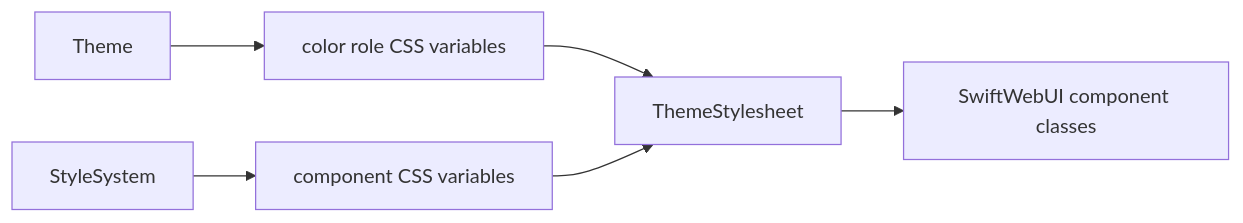
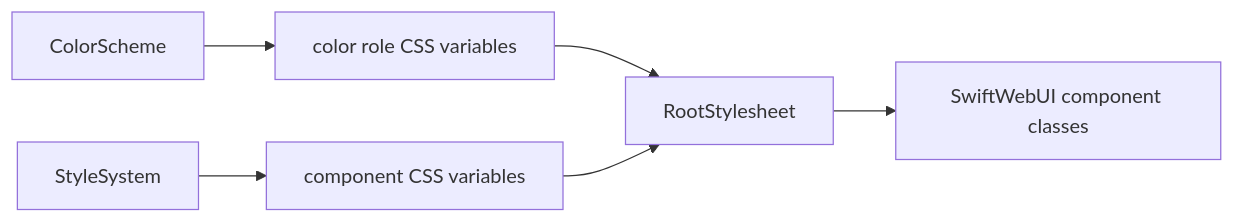
The fifth of 5 diagrams in docs/SwiftWebUICoreDesign.md (1amageek/swift-web), drawn with Mermaid before and after one commit. The commit also changed other lines of this file and 85 other files, not shown here.

````diff
--- a/docs/SwiftWebUICoreDesign.md
+++ b/docs/SwiftWebUICoreDesign.md
@@ -253,8 +258,8 @@
 ```mermaid
 flowchart LR
-    A["Theme"] --> B["color role CSS variables"]
+    A["ColorScheme"] --> B["color role CSS variables"]
     C["StyleSystem"] --> D["component CSS variables"]
-    B --> E["ThemeStylesheet"]
+    B --> E["RootStylesheet"]
     D --> E
     E --> F["SwiftWebUI component classes"]
 ```
````
